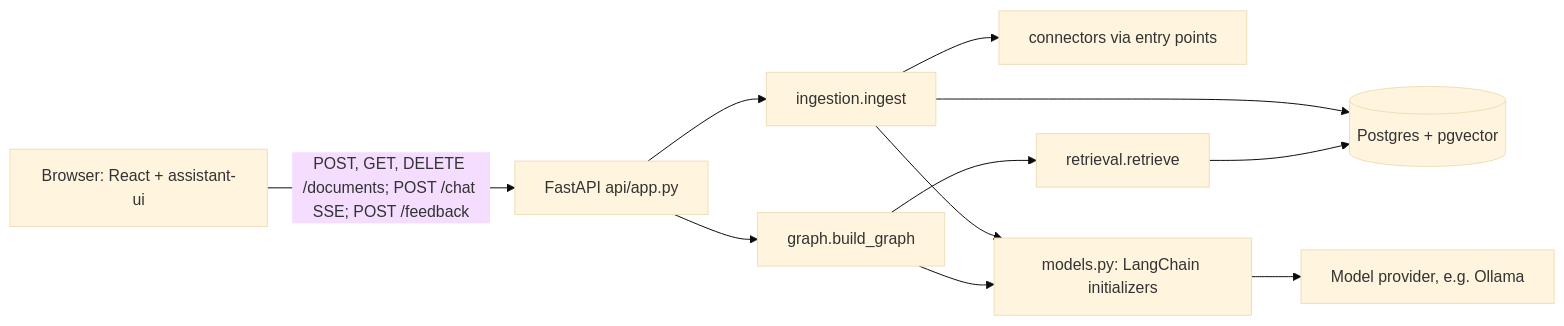
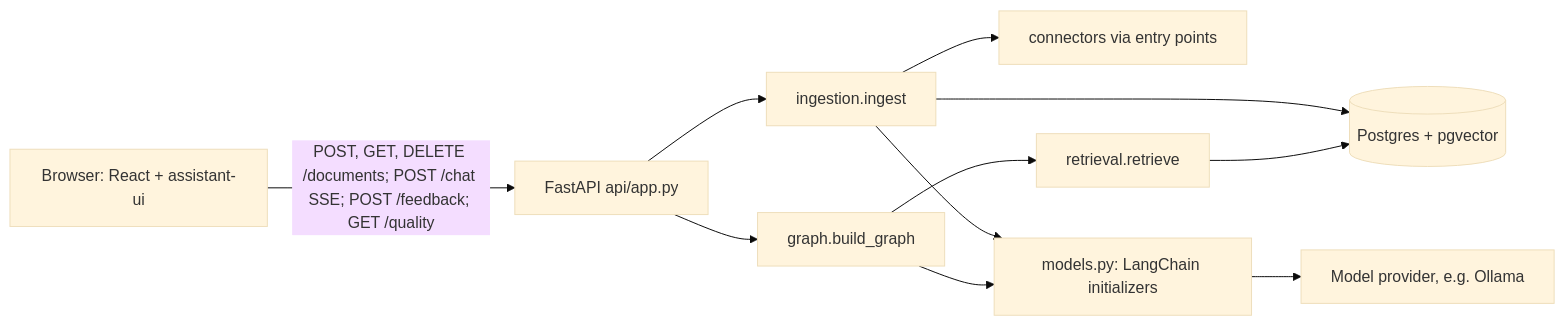
One commit to AaronProbha18/Insight-RAG changed the diagram in docs/architecture/overview.md. Above: the diagram before and after it, drawn with Mermaid (base theme). The commit also changed other lines of this file and 31 other files, not shown here.

````diff
--- a/docs/architecture/overview.md
+++ b/docs/architecture/overview.md
@@ -11,12 +11,12 @@
 ```mermaid
 flowchart LR
-  UI[Browser: React + assistant-ui] -->|POST, GET, DELETE /documents; POST /chat SSE; POST /feedback| API[FastAPI api/app.py]
+  UI[Browser: React + assistant-ui] -->|POST, GET, DELETE /documents; POST /chat SSE; POST /feedback; GET /quality| API[FastAPI api/app.py]
   API --> ING[ingestion.ingest]
   API --> G[graph.build_graph]
   ING --> C[connectors via entry points]
   ING --> DB[(Postgres + pgvector)]
   G --> R[retrieval.retrieve] --> DB
   ING --> M[models.py: LangChain initializers]
   G --> M
   M --> P[Model provider, e.g. Ollama]
 ```
````
